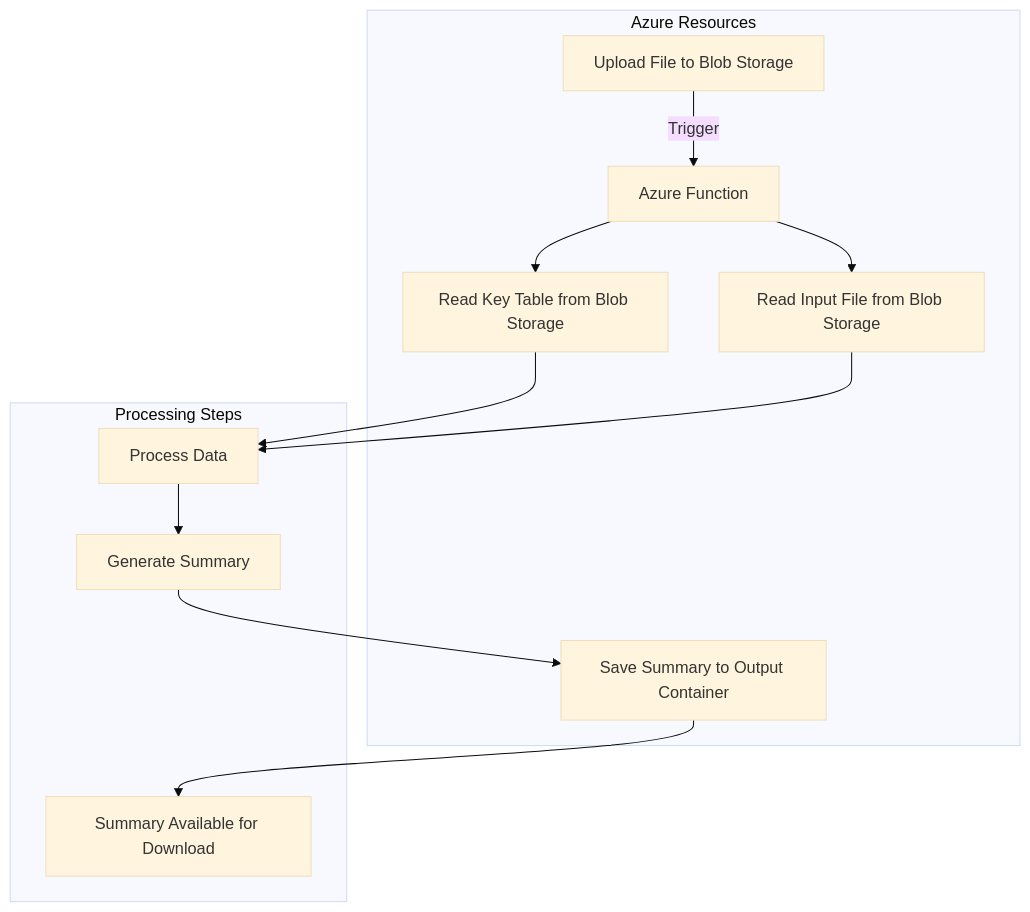
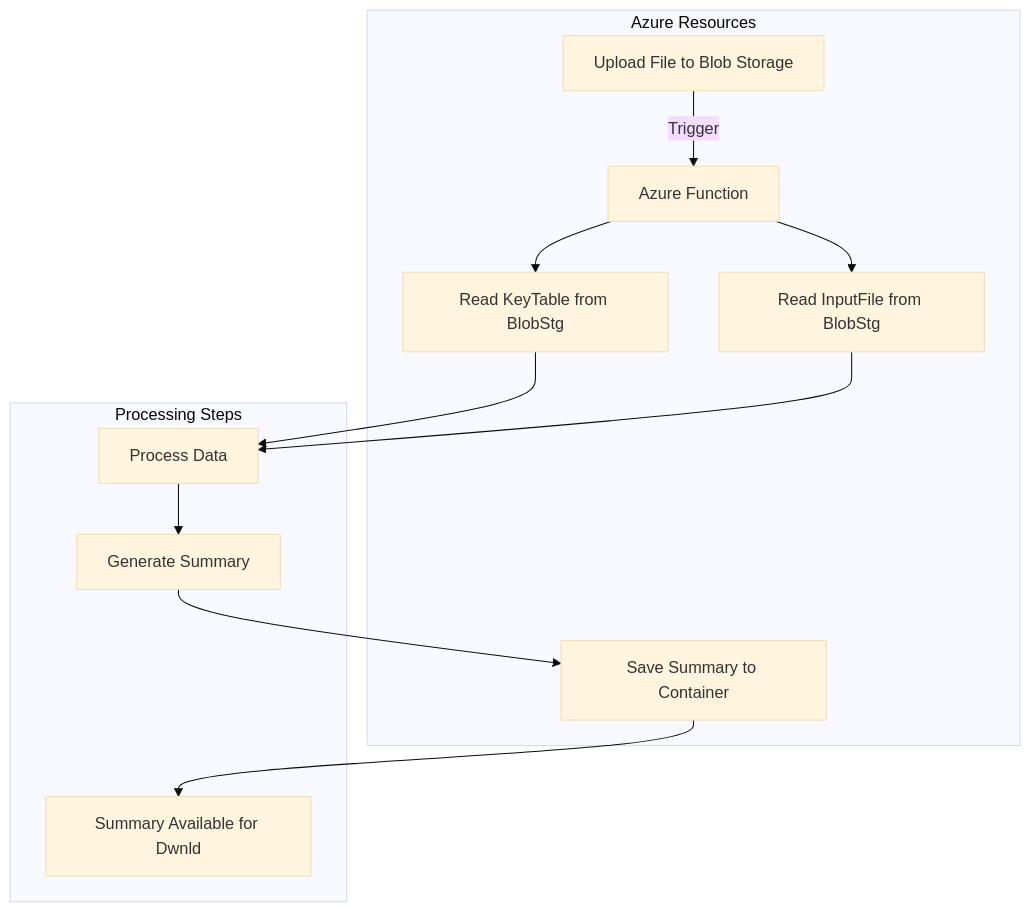
The diagram in instructions/0_Overview/README.md (Cloud2BR-MSFTLearningHub/BlobFileUpload-SummaryTool), drawn with Mermaid (base theme) before and after one commit.

Commit message:
inf diagram

````diff
--- a/instructions/0_Overview/README.md
+++ b/instructions/0_Overview/README.md
@@ -35,25 +35,25 @@
 ```mermaid
 graph TD
     A[Upload File to Blob Storage] -->|Trigger| B[Azure Function]
-    B --> C[Read Key Table from Blob Storage]
-    B --> D[Read Input File from Blob Storage]
+    B --> C[Read KeyTable from BlobStg]
+    B --> D[Read InputFile from BlobStg]
     C --> E[Process Data]
     D --> E[Process Data]
     E --> F[Generate Summary]
-    F --> G[Save Summary to Output Container]
-    G --> H[Summary Available for Download]
+    F --> G[Save Summary to Container]
+    G --> H[Summary Available for Dwnld]
 
     subgraph Azure Resources
         A
         B
         C
         D
         G
     end
 
     subgraph Processing Steps
         E
         F
         H
     end
 ```
````
